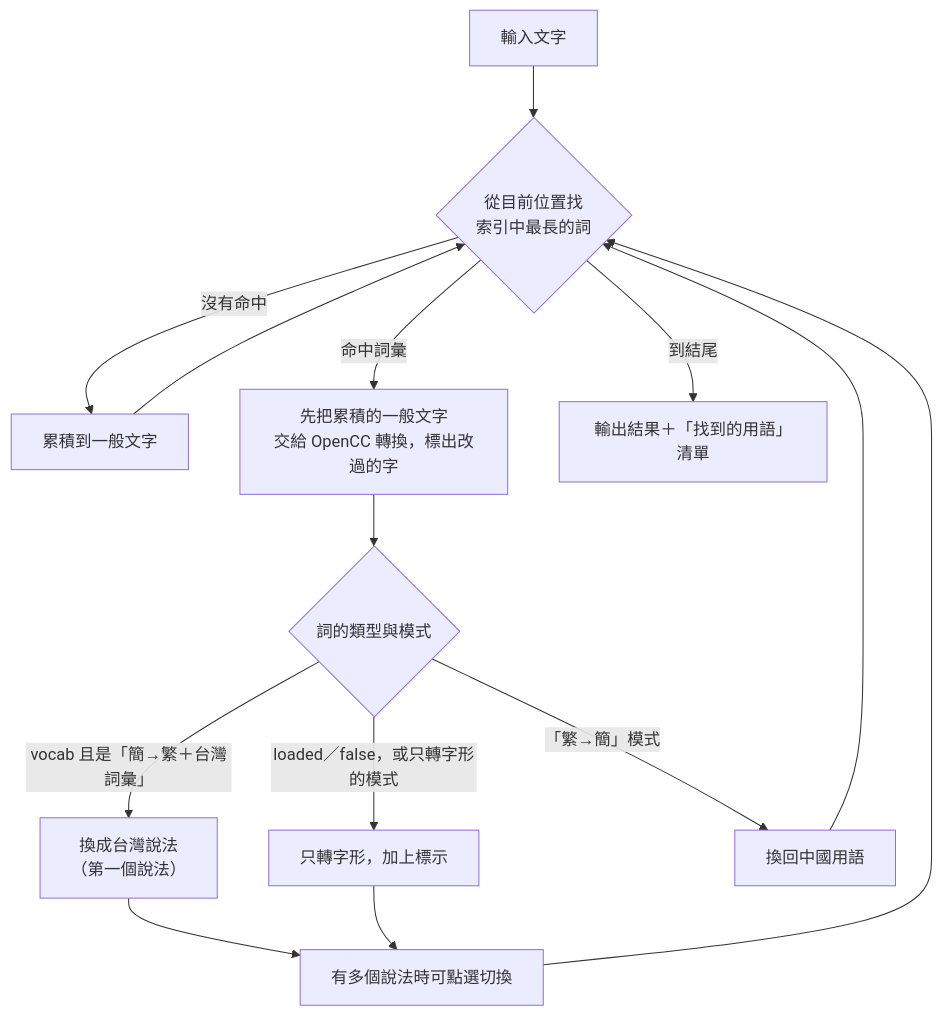
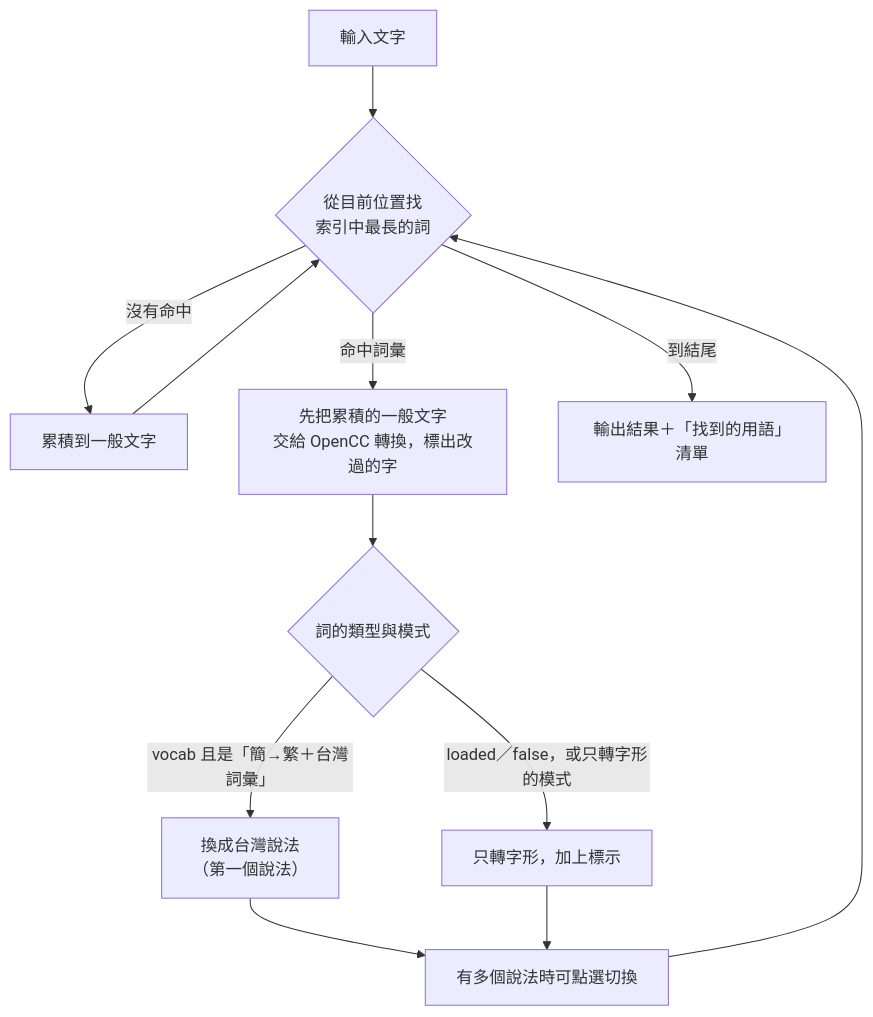
The second of 4 diagrams in docs/ARCHITECTURE.md (Zhang-RenWen/cn-tw-terms), drawn with Mermaid before and after one commit. The commit also changed other lines of this file and 20 other files, not shown here.

````diff
--- a/docs/ARCHITECTURE.md
+++ b/docs/ARCHITECTURE.md
@@ -83,16 +82,14 @@
 ```mermaid
 flowchart TD
   input["輸入文字"] --> scan{"從目前位置找<br/>索引中最長的詞"}
   scan -- "沒有命中" --> buf["累積到一般文字"]
   buf --> scan
   scan -- "命中詞彙" --> flush["先把累積的一般文字<br/>交給 OpenCC 轉換，標出改過的字"]
   flush --> kind{"詞的類型與模式"}
   kind -- "vocab 且是「簡→繁＋台灣詞彙」" --> replace["換成台灣說法<br/>（第一個說法）"]
   kind -- "loaded／false，或只轉字形的模式" --> mark["只轉字形，加上標示"]
-  kind -- "「繁→簡」模式" --> rev["換回中國用語"]
   replace --> pick["有多個說法時可點選切換"]
   mark --> pick
   pick --> scan
-  rev --> scan
   scan -- "到結尾" --> out["輸出結果＋「找到的用語」清單"]
 ```
````
